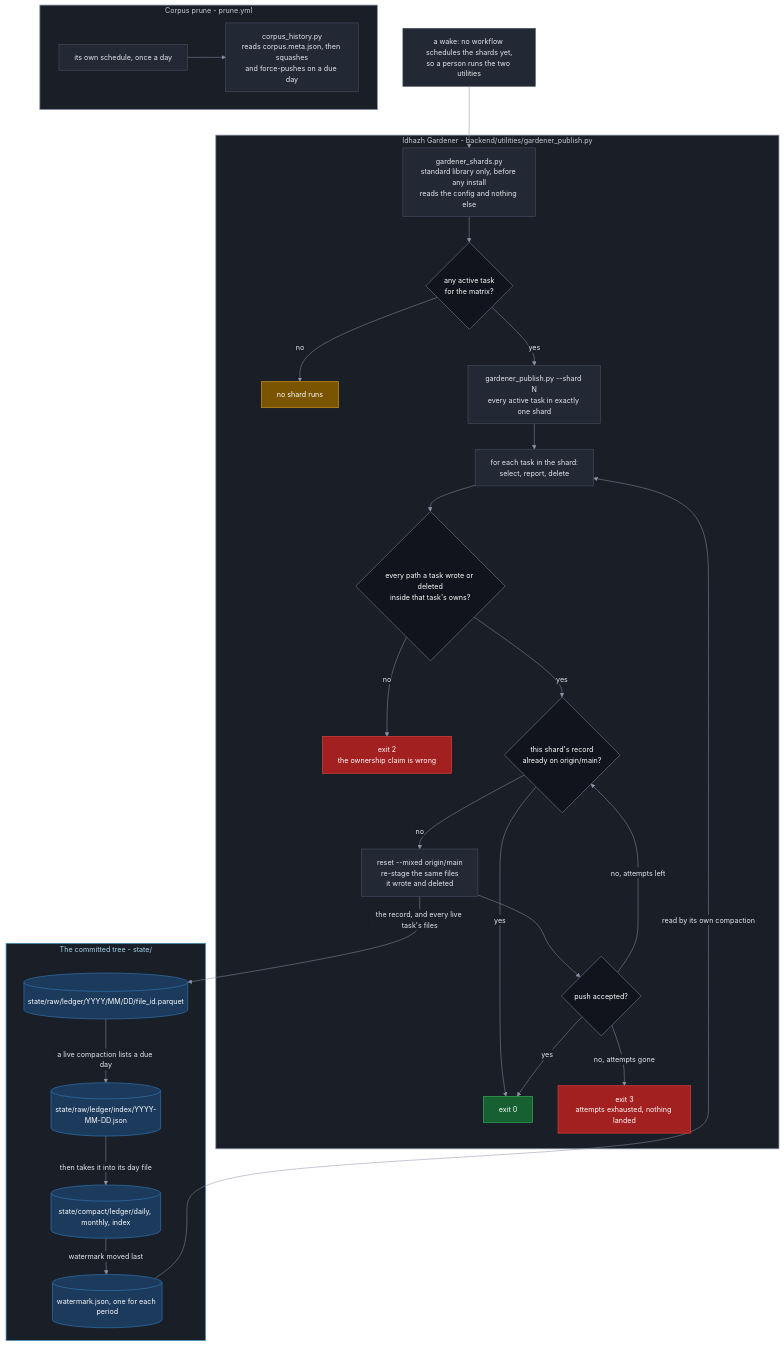
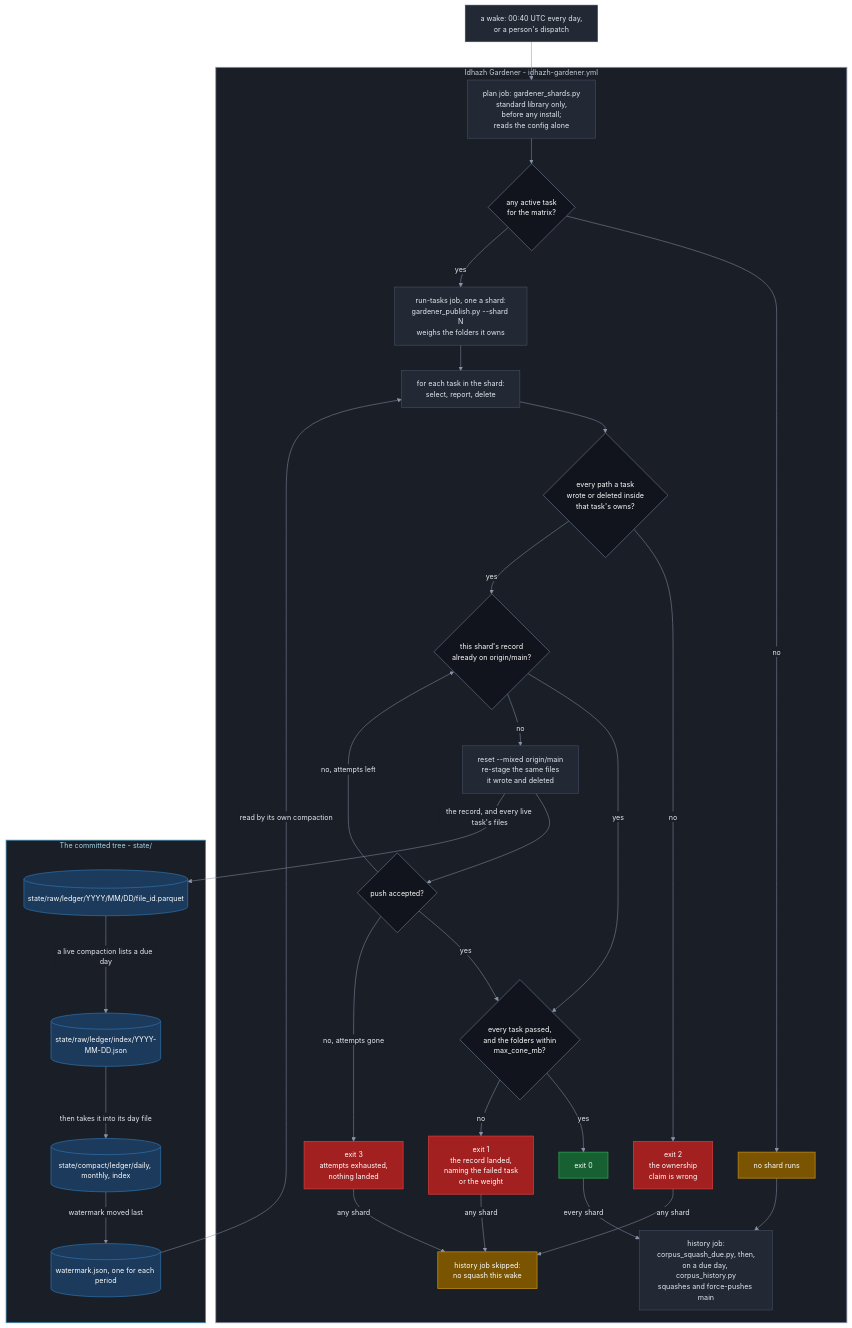
Before and after one commit to miztiik/yen-idhazh: the first of 2 diagrams in docs/architecture/publishing/idhazh-gardener.md, drawn with Mermaid. The commit also changed other lines of this file and 24 other files, not shown here.

First line of the commit message:
Say how the gardener workflow runs, in every page that named prune.yml

````diff
--- a/docs/architecture/publishing/idhazh-gardener.md
+++ b/docs/architecture/publishing/idhazh-gardener.md
@@ -83,71 +93,76 @@
 ```mermaid
 %%{init: {"theme": "base", "themeVariables": {"background": "#0f1117", "primaryColor": "#222834", "primaryTextColor": "#e6e9f0", "primaryBorderColor": "#4b5468", "lineColor": "#8b93a7", "textColor": "#e6e9f0", "clusterBkg": "#1a1e27", "clusterBorder": "#3a4254", "titleColor": "#e6e9f0", "edgeLabelBackground": "#1a1e27", "fontSize": "14px"}}}%%
 flowchart TB
-  WAKE["a wake: no workflow schedules the shards yet,<br/>so a person runs the two utilities"]
+  WAKE["a wake: 00:40 UTC every day,<br/>or a person's dispatch"]
 
-  subgraph OPS["Idhazh Gardener - backend/utilities/gardener_publish.py"]
-    PLAN["gardener_shards.py<br/>standard library only, before any install<br/>reads the config and nothing else"]
+  subgraph OPS["Idhazh Gardener - idhazh-gardener.yml"]
+    PLAN["plan job: gardener_shards.py<br/>standard library only,<br/>before any install;<br/>reads the config alone"]
     ANY{"any active task<br/>for the matrix?"}
     IDLE["no shard runs"]
-    TEND["gardener_publish.py --shard N<br/>every active task in exactly one shard"]
+    TEND["run-tasks job, one a shard:<br/>gardener_publish.py --shard N<br/>weighs the folders it owns"]
     RUN["for each task in the shard:<br/>select, report, delete"]
-    OWNED{"every path a task wrote or deleted<br/>inside that task's owns?"}
-    OUTSIDE["exit 2<br/>the ownership claim is wrong"]
+    OWNED{"every path a task<br/>wrote or deleted inside<br/>that task's owns?"}
+    OUTSIDE["exit 2<br/>the ownership<br/>claim is wrong"]
     LANDED{"this shard's record<br/>already on origin/main?"}
     REAPPLY["reset --mixed origin/main<br/>re-stage the same files<br/>it wrote and deleted"]
     PUSHED{"push accepted?"}
+    CLEAN{"every task passed,<br/>and the folders within<br/>max_cone_mb?"}
     OK["exit 0"]
-    LOST["exit 3<br/>attempts exhausted, nothing landed"]
-  end
-
-  subgraph PRUNE["Corpus prune - prune.yml"]
-    PWAKE["its own schedule, once a day"]
-    HIST["corpus_history.py<br/>reads corpus.meta.json, then squashes<br/>and force-pushes on a due day"]
+    ALARM["exit 1<br/>the record landed,<br/>naming the failed task<br/>or the weight"]
+    LOST["exit 3<br/>attempts exhausted,<br/>nothing landed"]
+    SKIP["history job skipped:<br/>no squash this wake"]
+    HIST["history job:<br/>corpus_squash_due.py, then,<br/>on a due day, corpus_history.py<br/>squashes and force-pushes main"]
   end
 
   subgraph TREE["The committed tree - state/"]
     RAW[("state/raw/ledger/YYYY/MM/DD/file_id.parquet")]
     RIDX[("state/raw/ledger/index/YYYY-MM-DD.json")]
     COMPACT[("state/compact/ledger/daily, monthly, index")]
     WM[("watermark.json, one for each period")]
   end
 
   WAKE --> PLAN
   PLAN --> ANY
   ANY -->|"no"| IDLE
   ANY -->|"yes"| TEND
   TEND --> RUN
   RUN --> OWNED
   OWNED -->|"no"| OUTSIDE
   OWNED -->|"yes"| LANDED
-  LANDED -->|"yes"| OK
+  LANDED -->|"yes"| CLEAN
   LANDED -->|"no"| REAPPLY
   REAPPLY --> PUSHED
-  PUSHED -->|"yes"| OK
+  PUSHED -->|"yes"| CLEAN
   PUSHED -->|"no, attempts left"| LANDED
   PUSHED -->|"no, attempts gone"| LOST
-  PWAKE --> HIST
+  CLEAN -->|"yes"| OK
+  CLEAN -->|"no"| ALARM
+  OK -->|"every shard"| HIST
+  IDLE --> HIST
+  ALARM -->|"any shard"| SKIP
+  OUTSIDE -->|"any shard"| SKIP
+  LOST -->|"any shard"| SKIP
   REAPPLY -->|"the record, and every live task's files"| RAW
   RAW -->|"a live compaction lists a due day"| RIDX
   RIDX -->|"then takes it into its day file"| COMPACT
   COMPACT -->|"watermark moved last"| WM
   WM -->|"read by its own compaction"| RUN
 
   classDef stage fill:#222834,stroke:#4b5468,stroke-width:1px,color:#e6e9f0;
   classDef decision fill:#11141c,stroke:#5b6477,stroke-width:1.5px,color:#ffffff;
   classDef yes fill:#176032,stroke:#2ea04f,stroke-width:1.5px,color:#ffffff;
   classDef no fill:#a32020,stroke:#d23b3b,stroke-width:1.5px,color:#ffffff;
   classDef warn fill:#7a5400,stroke:#c08a12,stroke-width:1.5px,color:#ffffff;
   classDef ledger fill:#1b3a5c,stroke:#2d6ca3,stroke-width:1.5px,color:#ffffff;
   classDef sysOps fill:#1a1e27,stroke:#8b93a7,stroke-width:1.5px,color:#c8cdd8;
   classDef sysPublish fill:#1a1e27,stroke:#3f8fb8,stroke-width:1.5px,color:#a5d6ea;
 
-  class WAKE,PLAN,TEND,RUN,REAPPLY,PWAKE,HIST stage;
-  class ANY,OWNED,LANDED,PUSHED decision;
+  class WAKE,PLAN,TEND,RUN,REAPPLY,HIST stage;
+  class ANY,OWNED,LANDED,PUSHED,CLEAN decision;
   class OK yes;
-  class OUTSIDE,LOST no;
-  class IDLE warn;
+  class OUTSIDE,LOST,ALARM no;
+  class IDLE,SKIP warn;
   class RAW,RIDX,COMPACT,WM ledger;
-  class OPS,PRUNE sysOps;
+  class OPS sysOps;
   class TREE sysPublish;
 ```
````
